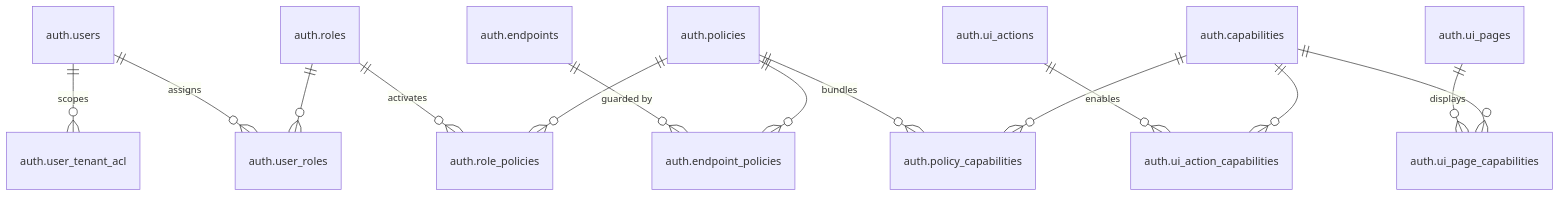
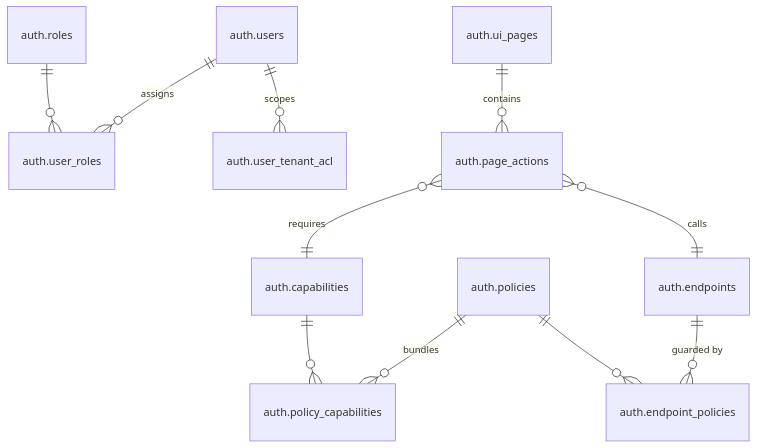
Before and after one commit to LaborManagement/auth-service: the diagram in docs/architecture/data-map.md, drawn with Mermaid. The commit also changed other lines of this file and 5 other files, not shown here.

````diff
--- a/docs/architecture/data-map.md
+++ b/docs/architecture/data-map.md
@@ -9,16 +9,13 @@
 ```mermaid
 erDiagram
     "auth.users" ||--o{ "auth.user_roles" : "assigns"
     "auth.users" ||--o{ "auth.user_tenant_acl" : "scopes"
     "auth.roles" ||--o{ "auth.user_roles" : ""
-    "auth.roles" ||--o{ "auth.role_policies" : "activates"
-    "auth.policies" ||--o{ "auth.role_policies" : ""
     "auth.policies" ||--o{ "auth.policy_capabilities" : "bundles"
     "auth.capabilities" ||--o{ "auth.policy_capabilities" : ""
     "auth.endpoints" ||--o{ "auth.endpoint_policies" : "guarded by"
     "auth.policies" ||--o{ "auth.endpoint_policies" : ""
-    "auth.ui_pages" ||--o{ "auth.ui_page_capabilities" : "displays"
-    "auth.capabilities" ||--o{ "auth.ui_page_capabilities" : ""
-    "auth.ui_actions" ||--o{ "auth.ui_action_capabilities" : "enables"
-    "auth.capabilities" ||--o{ "auth.ui_action_capabilities" : ""
+    "auth.ui_pages" ||--o{ "auth.page_actions" : "contains"
+    "auth.page_actions" }o--|| "auth.capabilities" : "requires"
+    "auth.page_actions" }o--|| "auth.endpoints" : "calls"
 ```
````
